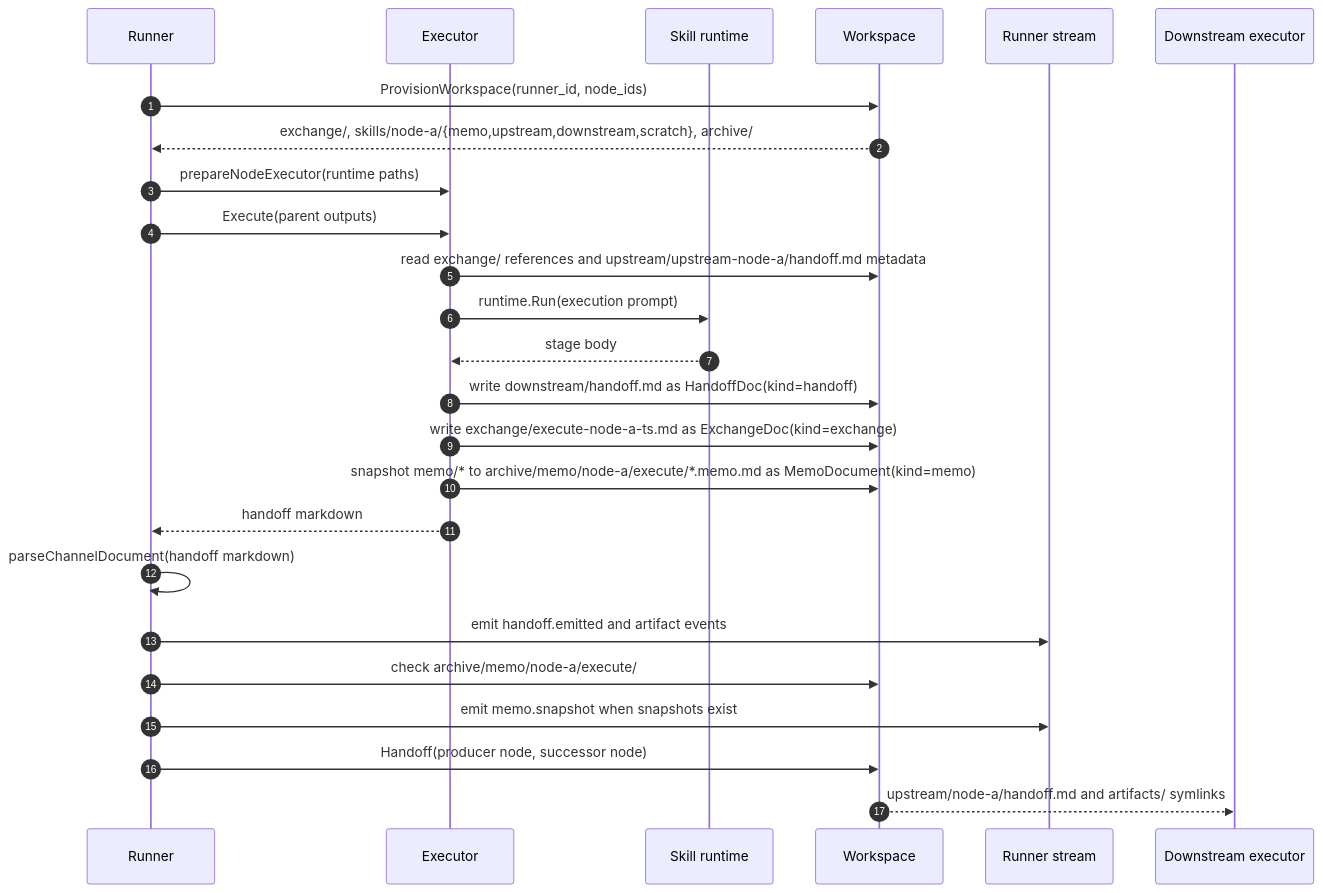
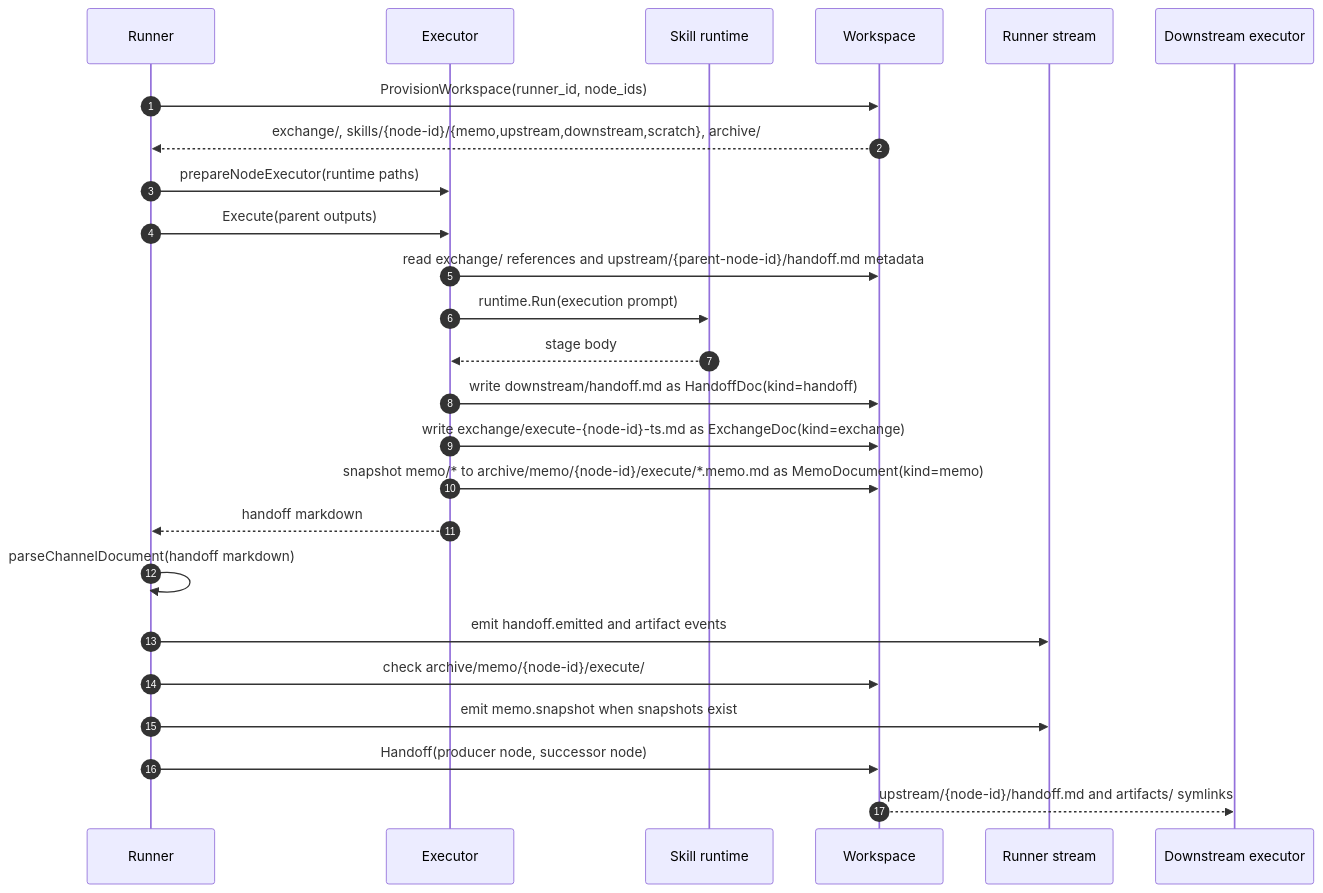
The first of 2 diagrams in architecture/data-plane.md (TsumiNa/dango), drawn with Mermaid before and after one commit.

Commit message:
Normalize sequence diagram placeholders
Agent-Logs-Url: https://github.com/TsumiNa/dango/sessions/7147883c-dc09-4c94-a3a9-a23a80cc42f7

````diff
--- a/architecture/data-plane.md
+++ b/architecture/data-plane.md
@@ -69,28 +69,28 @@
 ```mermaid
 sequenceDiagram
 autonumber
 participant Ru as Runner
 participant Ex as Executor
 participant Sk as Skill runtime
 participant WS as Workspace
 participant RS as Runner stream
 participant Nx as Downstream executor
 
 Ru->>WS: ProvisionWorkspace(runner_id, node_ids)
-WS-->>Ru: exchange/, skills/node-a/{memo,upstream,downstream,scratch}, archive/
+WS-->>Ru: exchange/, skills/{node-id}/{memo,upstream,downstream,scratch}, archive/
 Ru->>Ex: prepareNodeExecutor(runtime paths)
 Ru->>Ex: Execute(parent outputs)
-Ex->>WS: read exchange/ references and upstream/upstream-node-a/handoff.md metadata
+Ex->>WS: read exchange/ references and upstream/{parent-node-id}/handoff.md metadata
 Ex->>Sk: runtime.Run(execution prompt)
 Sk-->>Ex: stage body
 Ex->>WS: write downstream/handoff.md as HandoffDoc(kind=handoff)
-Ex->>WS: write exchange/execute-node-a-ts.md as ExchangeDoc(kind=exchange)
-Ex->>WS: snapshot memo/* to archive/memo/node-a/execute/*.memo.md as MemoDocument(kind=memo)
+Ex->>WS: write exchange/execute-{node-id}-ts.md as ExchangeDoc(kind=exchange)
+Ex->>WS: snapshot memo/* to archive/memo/{node-id}/execute/*.memo.md as MemoDocument(kind=memo)
 Ex-->>Ru: handoff markdown
 Ru->>Ru: parseChannelDocument(handoff markdown)
 Ru->>RS: emit handoff.emitted and artifact events
-Ru->>WS: check archive/memo/node-a/execute/
+Ru->>WS: check archive/memo/{node-id}/execute/
 Ru->>RS: emit memo.snapshot when snapshots exist
 Ru->>WS: Handoff(producer node, successor node)
-WS-->>Nx: upstream/node-a/handoff.md and artifacts/ symlinks
+WS-->>Nx: upstream/{node-id}/handoff.md and artifacts/ symlinks
 ```
````
